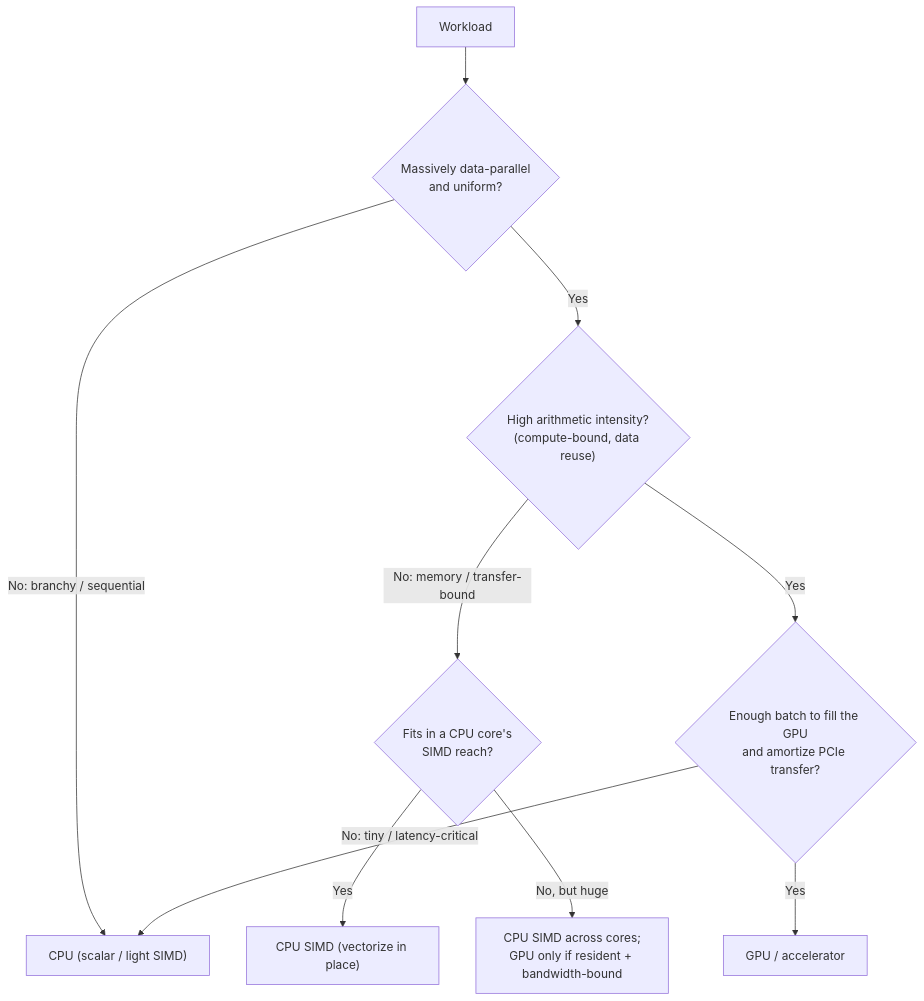
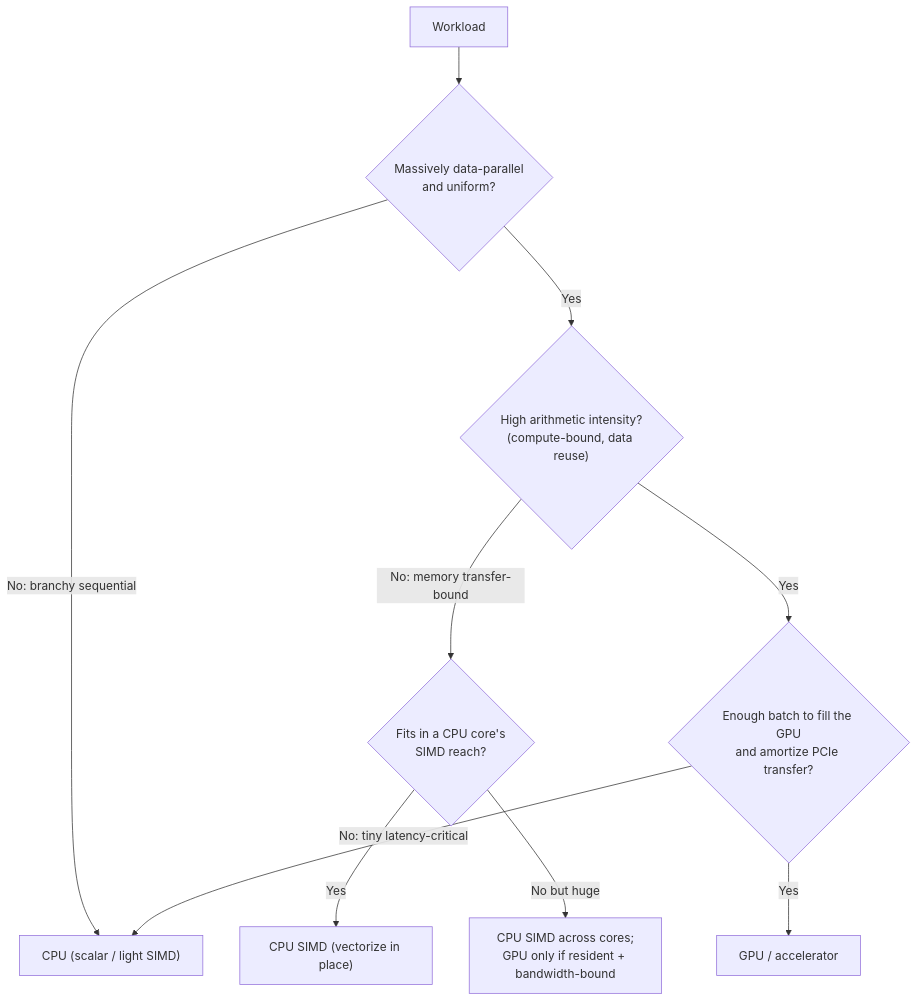
The sixth of 8 diagrams in vol-01-computer-architecture/ch07-data-parallelism.md (bumbsclaw/textbooks), drawn with Mermaid before and after one commit. The commit also changed other lines of this file and 173 other files, not shown here.

First line of the commit message:
fix(mermaid): close note brackets, semicolons in Notes, stateDiagram br -> dash, edge parens

````diff
--- a/vol-01-computer-architecture/ch07-data-parallelism.md
+++ b/vol-01-computer-architecture/ch07-data-parallelism.md
@@ -473,12 +473,12 @@
 ```mermaid
 flowchart TD
     W["Workload"] --> Q1{"Massively data-parallel<br/>and uniform?"}
-    Q1 -->|No: branchy / sequential| CPU["CPU (scalar / light SIMD)"]
+    Q1 -->|No: branchy sequential| CPU["CPU (scalar / light SIMD)"]
     Q1 -->|Yes| Q2{"High arithmetic intensity?<br/>(compute-bound, data reuse)"}
-    Q2 -->|No: memory / transfer-bound| Q3{"Fits in a CPU core's<br/>SIMD reach?"}
+    Q2 -->|No: memory transfer-bound| Q3{"Fits in a CPU core's<br/>SIMD reach?"}
     Q3 -->|Yes| SIMD["CPU SIMD (vectorize in place)"]
-    Q3 -->|No, but huge| SIMD2["CPU SIMD across cores;<br/>GPU only if resident + bandwidth-bound"]
+    Q3 -->|No but huge| SIMD2["CPU SIMD across cores;<br/>GPU only if resident + bandwidth-bound"]
     Q2 -->|Yes| Q4{"Enough batch to fill the GPU<br/>and amortize PCIe transfer?"}
-    Q4 -->|No: tiny / latency-critical| CPU
+    Q4 -->|No: tiny latency-critical| CPU
     Q4 -->|Yes| GPU["GPU / accelerator"]
 ```
````
